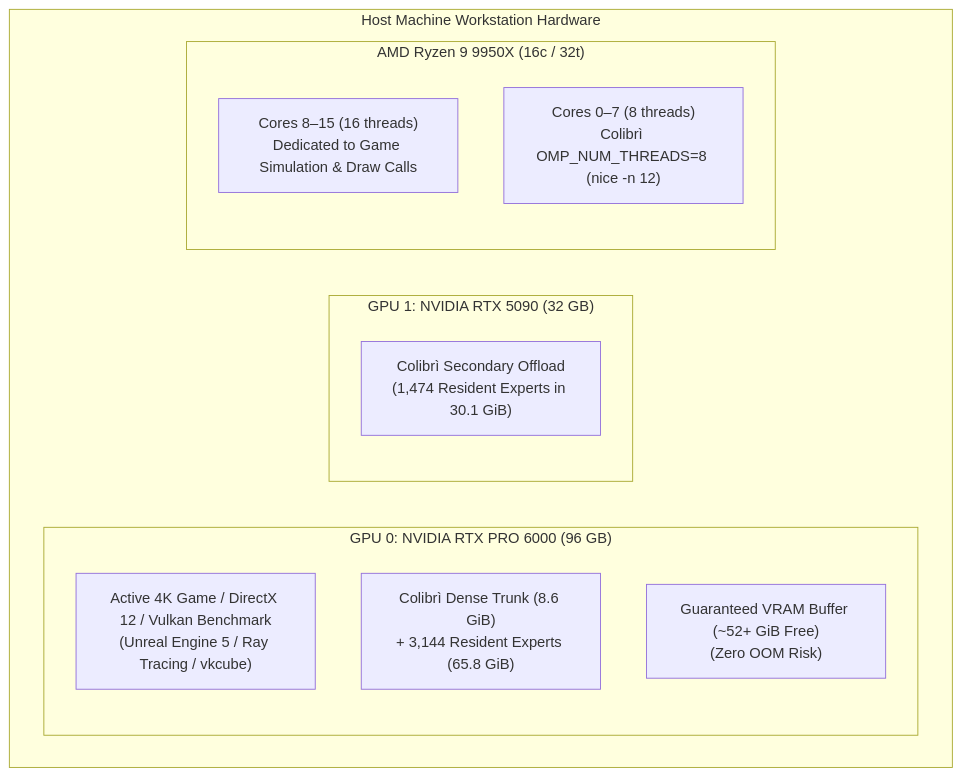
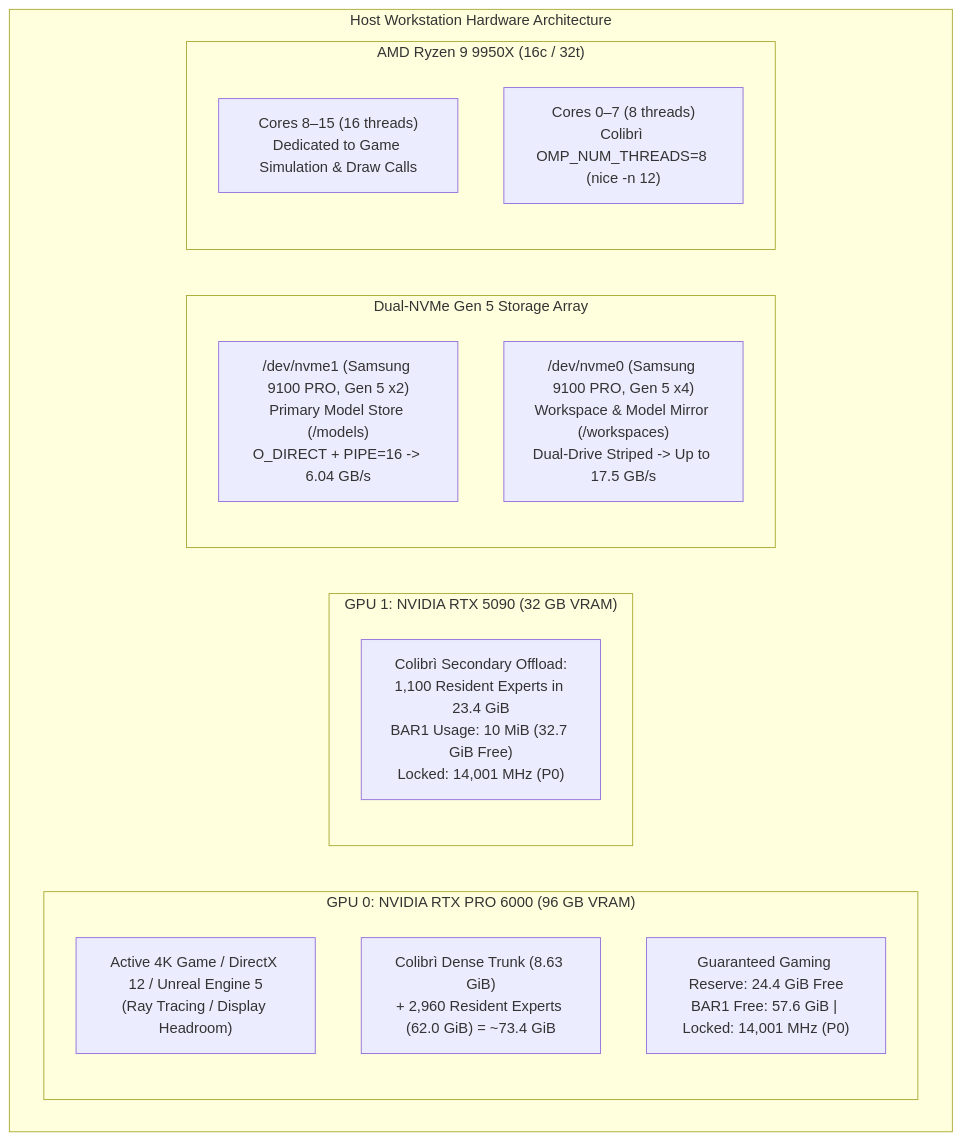
The diagram in .agents/references/plans/hermes_agent_multi_phase_testing_plan.md (renanmb/colibri), drawn with Mermaid before and after one commit. The commit also changed other lines of this file and 2 other files, not shown here.

````diff
--- a/.agents/references/plans/hermes_agent_multi_phase_testing_plan.md
+++ b/.agents/references/plans/hermes_agent_multi_phase_testing_plan.md
@@ -194,19 +202,24 @@
 ```mermaid
 flowchart TD
-    subgraph Host["Host Machine Workstation Hardware"]
-        subgraph GPU0["GPU 0: NVIDIA RTX PRO 6000 (96 GB)"]
-            GAME["Active 4K Game / DirectX 12 / Vulkan Benchmark\n(Unreal Engine 5 / Ray Tracing / vkcube)"]
-            TRUNK["Colibrì Dense Trunk (8.6 GiB)\n+ 3,144 Resident Experts (65.8 GiB)"]
-            RESERVE["Guaranteed VRAM Buffer (~52+ GiB Free)\n(Zero OOM Risk)"]
+    subgraph Host["Host Workstation Hardware Architecture"]
+        subgraph GPU0["GPU 0: NVIDIA RTX PRO 6000 (96 GB VRAM)"]
+            GAME["Active 4K Game / DirectX 12 / Unreal Engine 5\n(Ray Tracing / Display Headroom)"]
+            COLIBRI0["Colibrì Dense Trunk (8.63 GiB)\n+ 2,960 Resident Experts (62.0 GiB) = ~73.4 GiB"]
+            HEADROOM["Guaranteed Gaming Reserve: 24.4 GiB Free\nBAR1 Free: 57.6 GiB | Locked: 14,001 MHz (P0)"]
         end
 
-        subgraph GPU1["GPU 1: NVIDIA RTX 5090 (32 GB)"]
-            OFFLOAD["Colibrì Secondary Offload\n(1,474 Resident Experts in 30.1 GiB)"]
+        subgraph GPU1["GPU 1: NVIDIA RTX 5090 (32 GB VRAM)"]
+            COLIBRI1["Colibrì Secondary Offload:\n1,100 Resident Experts in 23.4 GiB\nBAR1 Usage: 10 MiB (32.7 GiB Free)\nLocked: 14,001 MHz (P0)"]
+        end
+
+        subgraph STORAGE["Dual-NVMe Gen 5 Storage Array"]
+            NVME1["/dev/nvme1 (Samsung 9100 PRO, Gen 5 x2)\nPrimary Model Store (/models)\nO_DIRECT + PIPE=16 -> 6.04 GB/s"]
+            NVME0["/dev/nvme0 (Samsung 9100 PRO, Gen 5 x4)\nWorkspace & Model Mirror (/workspaces)\nDual-Drive Striped -> Up to 17.5 GB/s"]
         end
 
         subgraph CPU["AMD Ryzen 9 9950X (16c / 32t)"]
             CORES_GAME["Cores 8–15 (16 threads)\nDedicated to Game Simulation & Draw Calls"]
             CORES_LLM["Cores 0–7 (8 threads)\nColibrì OMP_NUM_THREADS=8 (nice -n 12)"]
         end
     end
 ```
````
